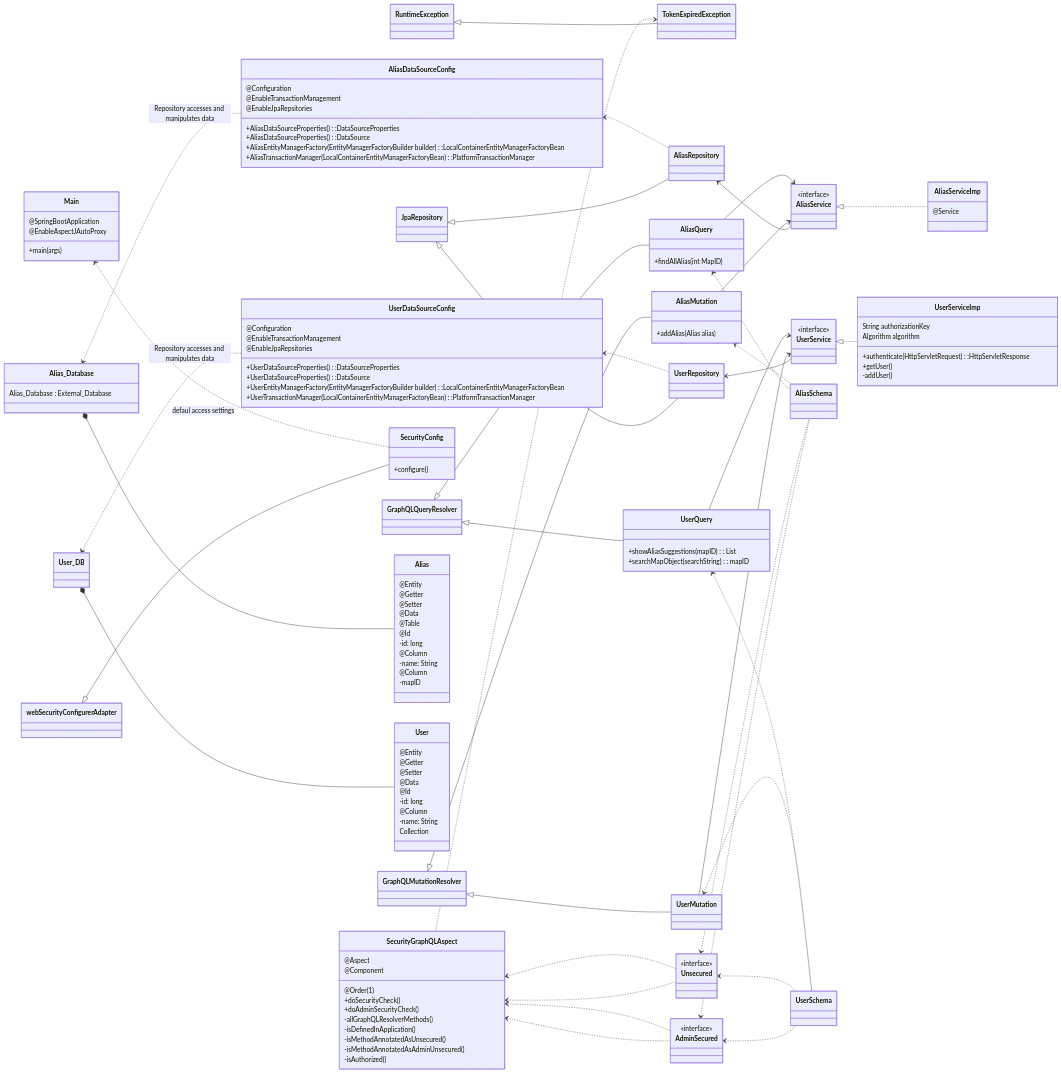
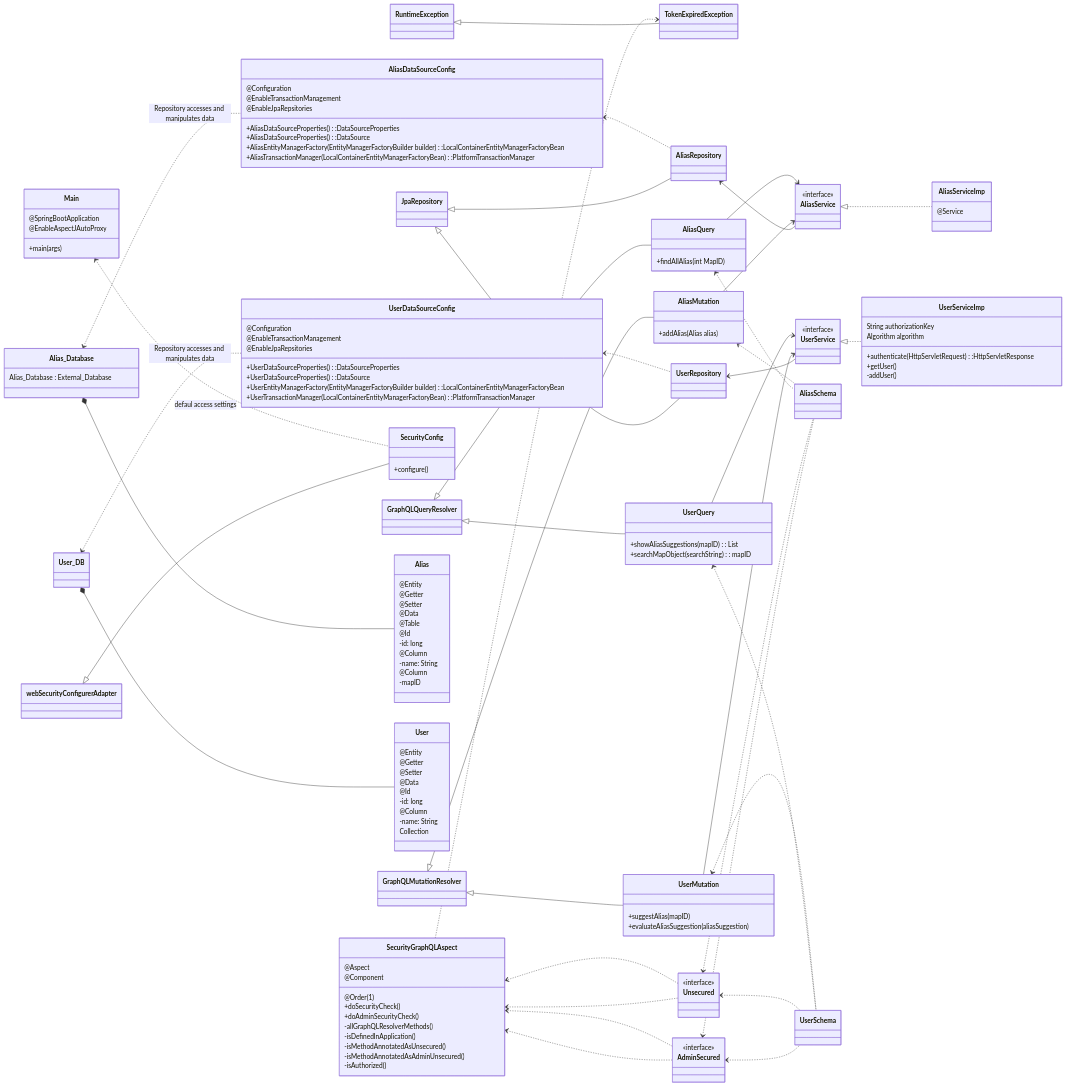
One commit to coderPaddyS/PSE_G3_Entwurf changed the diagram in Kapitel/00_Backend/mermaid/Klassendiagramm1.mmd. Above: the diagram before and after it, drawn with Mermaid.

Commit message:
Update class 'UserMutation' of class diagram in 'Backend'
Add methods 'suggestAlias(mapID)',
'evaluateAliasSuggestion(aliasSuggestion)'
to 'Kapitel/00_Backend/mermaid/Klassendiagramm1.mmd'.

```diff
--- a/Kapitel/00_Backend/mermaid/Klassendiagramm1.mmd
+++ b/Kapitel/00_Backend/mermaid/Klassendiagramm1.mmd
@@ -1,197 +1,200 @@
 classDiagram
 direction LR
 
 RuntimeException <|-- TokenExpiredException
 GraphQLMutationResolver <|-- AliasMutation
 GraphQLQueryResolver <|-- AliasQuery
 GraphQLMutationResolver <|-- UserMutation
 GraphQLQueryResolver <|-- UserQuery
 JpaRepository <|-- AliasRepository
 JpaRepository <|-- UserRepository
 webSecurityConfigurerAdapter <|-- SecurityConfig
 
 
 AliasService <|.. AliasServiceImp
 UserService <|.. UserServiceImp
 
 AliasRepository <-- AliasService
 UserRepository <-- UserService
 
 SecurityGraphQLAspect <.. AdminSecured
 SecurityGraphQLAspect <.. Unsecured
 SecurityGraphQLAspect ..> TokenExpiredException
 
 Alias_Database *-- Alias
 
 User_DB *-- User
 
 AliasMutation --> AliasService
 AliasQuery --> AliasService
 UserMutation --> UserService
 UserQuery --> UserService
 
 Alias_Database <.. AliasDataSourceConfig : Repository accesses and manipulates data
 AliasDataSourceConfig <.. AliasRepository
 User_DB <.. UserDataSourceConfig : Repository accesses and manipulates data
 UserDataSourceConfig <.. UserRepository
 
 AdminSecured <.. AliasSchema
 Unsecured <.. AliasSchema
 AdminSecured <.. UserSchema
 Unsecured <.. UserSchema
 
 Main <.. SecurityConfig : defaul access settings
 
 AdminSecured ..> SecurityGraphQLAspect
 Unsecured ..> SecurityGraphQLAspect
 
 AliasQuery <.. AliasSchema
 AliasMutation <.. AliasSchema
 
 
 UserQuery <.. UserSchema    
 UserMutation <.. UserSchema
 
 
 class RuntimeException
 
 class TokenExpiredException
 
 
 class AliasService{
 <<interface>>
 }
 
 class AliasServiceImp{
 @Service
 }
 
 class GraphQLMutationResolver 
 
 class AliasMutation{
 +addAlias(Alias alias)
 }
 
-class UserMutation
+class UserMutation {
+    +suggestAlias(mapID)
+    +evaluateAliasSuggestion(aliasSuggestion)
+}
 
 class GraphQLQueryResolver
 
 class UserQuery {
     +showAliasSuggestions(mapID) : List<aliasSuggestion>
     +searchMapObject(searchString) : mapID
 }
 
 class AliasQuery{
 +findAllAlias(int MapID)
 }
 
 
 class SecurityConfig{
 +configure()
 }
 
 class AdminSecured{
 <<interface>> 
 }
 
 class Unsecured{
 <<interface>> 
 }
 
 class SecurityGraphQLAspect{
 @Aspect
 @Component
 @Order(1)
 +doSecurityCheck()
 +doAdminSecurityCheck()
 -allGraphQLResolverMethods()
 -isDefinedInApplication()
 -isMethodAnnotatedAsUnsecured()
 -isMethodAnnotatedAsAdminUnsecured()
 -isAuthorized()
 }
 
 
 
 class User{
 @Entity
 @Getter
 @Setter
 @Data
 @Id
 -id: long
 @Column
 -name: String
 Collection<? extends GranedAuthority>
 }
 
 
 class Alias{
 @Entity
 @Getter
 @Setter
 @Data
 @Table
 @Id
 -id: long
 @Column
 -name: String
 @Column
 -mapID
 }
 
 class AliasDataSourceConfig{ 
 @Configuration
 @EnableTransactionManagement
 @EnableJpaRepsitories
 +AliasDataSourceProperties():DataSourceProperties
 +AliasDataSourceProperties():DataSource
 +AliasEntityManagerFactory(EntityManagerFactoryBuilder builder):LocalContainerEntityManagerFactoryBean 
 +AliasTransactionManager(LocalContainerEntityManagerFactoryBean):PlatformTransactionManager 
 }  
 
 class UserDataSourceConfig{ 
 @Configuration
 @EnableTransactionManagement
 @EnableJpaRepsitories
 +UserDataSourceProperties():DataSourceProperties
 +UserDataSourceProperties():DataSource
 +UserEntityManagerFactory(EntityManagerFactoryBuilder builder):LocalContainerEntityManagerFactoryBean 
 +UserTransactionManager(LocalContainerEntityManagerFactoryBean):PlatformTransactionManager 
 }
 
 class webSecurityConfigurerAdapter
 
 class JpaRepository
 
 class AliasRepository
 
 class Alias_Database{
 Alias_Database : External_Database
 }
 
 class UserService{
 <<interface>>
 }
 
 class UserServiceImp{
 String authorizationKey
 Algorithm algorithm
 +authenticate(HttpServletRequest):HttpServletResponse 
 +getUser()
 -addUser()
 }
 
 class UserRepository
 
 class User_DB
 
 
 class AliasSchema
 class UserSchema
 
 class Main {
     @SpringBootApplication
     @EnableAspectJAutoProxy 
         +main(args)
 }
```
